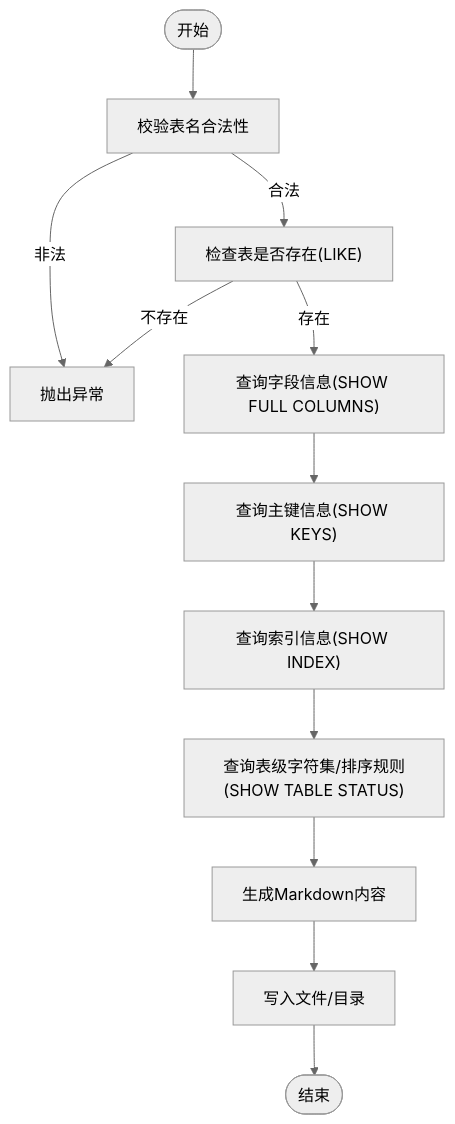
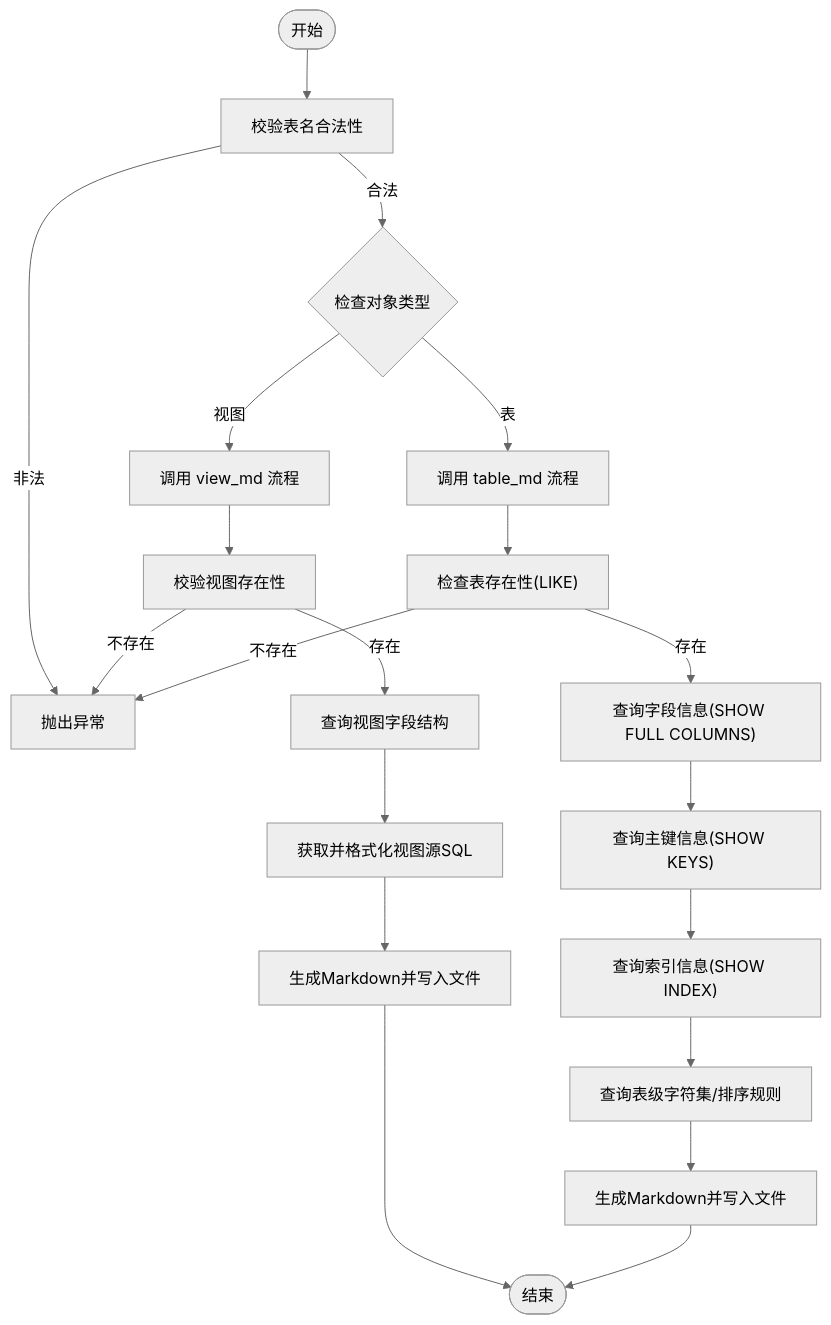
One commit to tinycen/lazy_mysql changed the sixth of 7 diagrams in .qoder/repowiki/zh/content/工具函数.md. Above: the diagram before and after it, drawn with Mermaid (neutral theme). The commit also changed other lines of this file and 3 other files, not shown here.

First line of the commit message:
feat(tools): 新增视图支持与参数化查询功能

````diff
--- a/.qoder/repowiki/zh/content/工具函数.md
+++ b/.qoder/repowiki/zh/content/工具函数.md
@@ -267,14 +274,22 @@
 ```mermaid
 flowchart TD
 S(["开始"]) --> V["校验表名合法性"]
 V --> |非法| E["抛出异常"]
-V --> |合法| T["检查表是否存在(LIKE)"]
-T --> |不存在| E
-T --> |存在| C1["查询字段信息(SHOW FULL COLUMNS)"]
-C1 --> C2["查询主键信息(SHOW KEYS)"]
-C2 --> C3["查询索引信息(SHOW INDEX)"]
-C3 --> C4["查询表级字符集/排序规则(SHOW TABLE STATUS)"]
-C4 --> Gen["生成Markdown内容"]
-Gen --> W["写入文件/目录"]
-W --> End(["结束"])
+V --> |合法| CheckType{"检查对象类型"}
+CheckType --> |视图| ViewFlow["调用 view_md 流程"]
+CheckType --> |表| TableFlow["调用 table_md 流程"]
+ViewFlow --> VCheck["校验视图存在性"]
+VCheck --> |不存在| E
+VCheck --> |存在| VQuery["查询视图字段结构"]
+VQuery --> VSource["获取并格式化视图源SQL"]
+VSource --> VWrite["生成Markdown并写入文件"]
+TableFlow --> TExist["检查表存在性(LIKE)"]
+TExist --> |不存在| E
+TExist --> |存在| TFields["查询字段信息(SHOW FULL COLUMNS)"]
+TFields --> TKeys["查询主键信息(SHOW KEYS)"]
+TKeys --> TIndex["查询索引信息(SHOW INDEX)"]
+TIndex --> TStatus["查询表级字符集/排序规则"]
+TStatus --> TWrite["生成Markdown并写入文件"]
+VWrite --> End(["结束"])
+TWrite --> End
 ```
````
